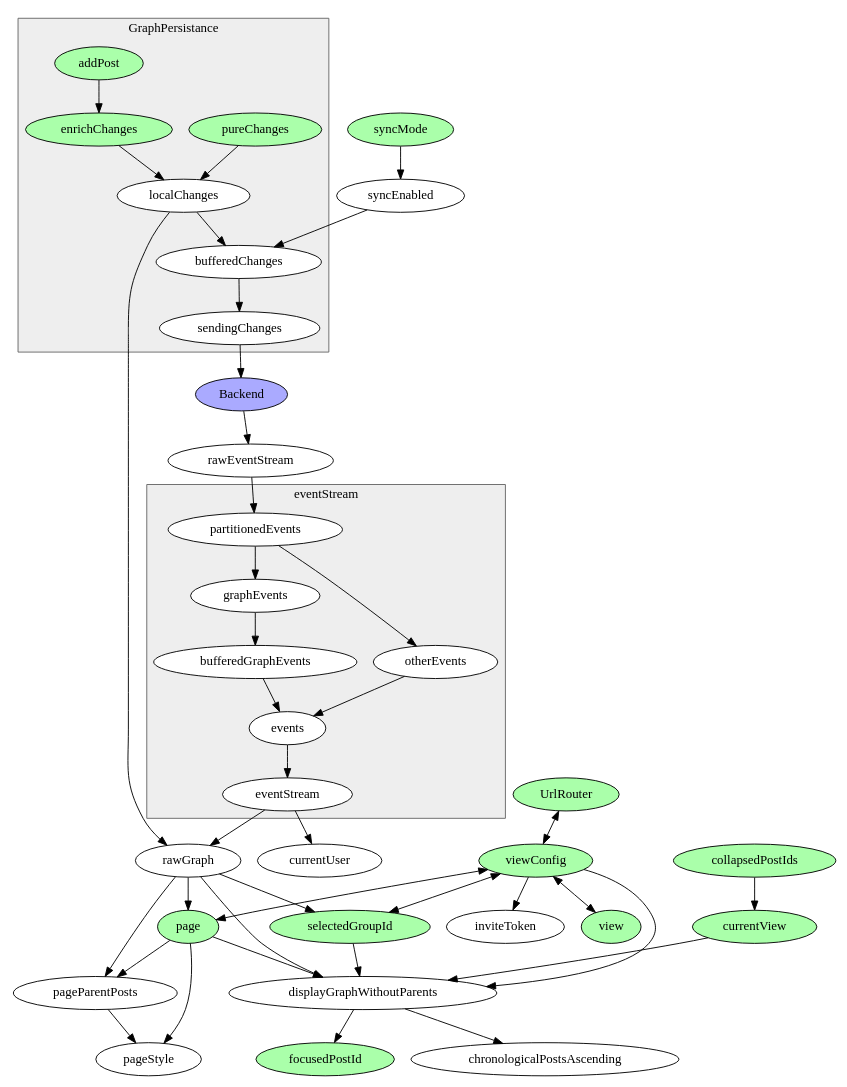
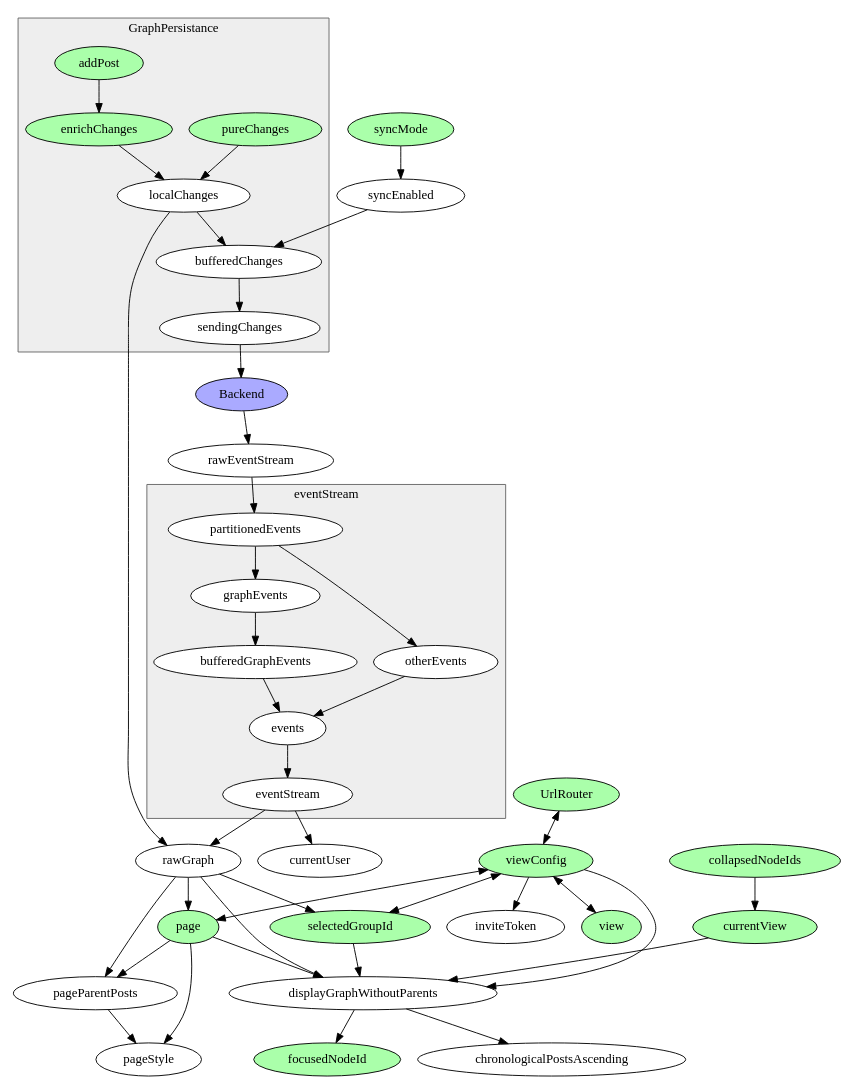
One commit to woost/wust2 changed the diagram in docs/dataflow/dataflow.dot. Above: the diagram before and after it, drawn with Graphviz. The commit also changed 97 other files, not shown here.

Commit message:
Move users into graph, rename post -> node, connection -> edge

```diff
--- a/docs/dataflow/dataflow.dot
+++ b/docs/dataflow/dataflow.dot
@@ -1,101 +1,101 @@
 digraph woost {
     /* rankdir = "LR" */
 
     subgraph cluster_GraphPersistance {
 		label = "GraphPersistance"
 		style=filled
 		fillcolor="#EEEEEE"
 		color="#666666"
 		node [style=filled,color=black,fillcolor=white]
         localChanges
         enrichChanges [style=filled,fillcolor="#AAFFAA"]
         enrichChanges -> localChanges
         pureChanges [style=filled,fillcolor="#AAFFAA"]
         pureChanges -> localChanges
         addPost [style=filled,fillcolor="#AAFFAA"]
         addPost -> enrichChanges
         localChanges -> bufferedChanges
         bufferedChanges -> sendingChanges
 	}
 
     Backend [style=filled,fillcolor="#AAAAFF"]
 
     rawEventStream
     sendingChanges -> Backend
     Backend -> rawEventStream
 
     syncMode [style=filled,fillcolor="#AAFFAA"]
     syncEnabled
     syncMode -> syncEnabled
     syncEnabled -> bufferedChanges
 
     subgraph cluster_eventStream {
 		label = "eventStream"
 		style=filled
 		fillcolor="#EEEEEE"
 		color="#666666"
 		node [style=filled,color=black,fillcolor=white]
         partitionedEvents -> graphEvents
         partitionedEvents -> otherEvents
         graphEvents -> bufferedGraphEvents
         bufferedGraphEvents -> events
         otherEvents -> events
         events -> eventStream
 	}
     rawEventStream -> partitionedEvents
 
     currentUser
     eventStream -> currentUser
 
 
     rawGraph
     eventStream -> rawGraph
     localChanges -> rawGraph
 
     viewConfig [style=filled,fillcolor="#AAFFAA"]
     UrlRouter [style=filled,fillcolor="#AAFFAA"]
     UrlRouter -> viewConfig [dir="both"]
     viewConfig -> inviteToken
     view [style=filled,fillcolor="#AAFFAA"]
     viewConfig -> view [dir="both"]
 
     page [style=filled,fillcolor="#AAFFAA"]
     viewConfig -> page [dir="both"]
     rawGraph -> page
 
     pageParentPosts
     page -> pageParentPosts
     rawGraph -> pageParentPosts
 
     pageStyle
     page -> pageStyle
     pageParentPosts -> pageStyle
 
     selectedGroupId [style=filled,fillcolor="#AAFFAA"]
     viewConfig -> selectedGroupId [dir="both"]
     rawGraph -> selectedGroupId
 
-    collapsedPostIds [style=filled,fillcolor="#AAFFAA"]
+    collapsedNodeIds [style=filled,fillcolor="#AAFFAA"]
 
     currentView [style=filled,fillcolor="#AAFFAA"]
-    collapsedPostIds -> currentView
+    collapsedNodeIds -> currentView
 
     displayGraphWithoutParents
     viewConfig -> displayGraphWithoutParents
     page -> displayGraphWithoutParents
     rawGraph -> displayGraphWithoutParents
     currentView -> displayGraphWithoutParents
     selectedGroupId -> displayGraphWithoutParents
 
     /* displayGraphWithParents */
     /* viewConfig -> displayGraphWithParents */
     /* page -> displayGraphWithParents */
     /* rawGraph -> displayGraphWithParents */
     /* currentView -> displayGraphWithParents */
     /* selectedGroupId -> displayGraphWithParents */
 
     displayGraphWithoutParents -> chronologicalPostsAscending
 
-    focusedPostId [style=filled,fillcolor="#AAFFAA"]
-    displayGraphWithoutParents -> focusedPostId
+    focusedNodeId [style=filled,fillcolor="#AAFFAA"]
+    displayGraphWithoutParents -> focusedNodeId
 }
```
